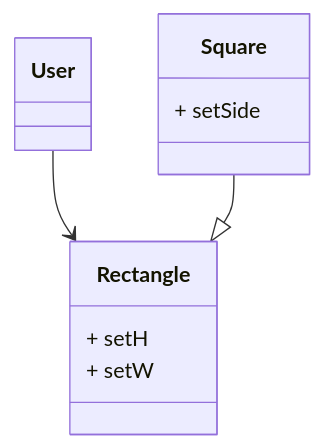
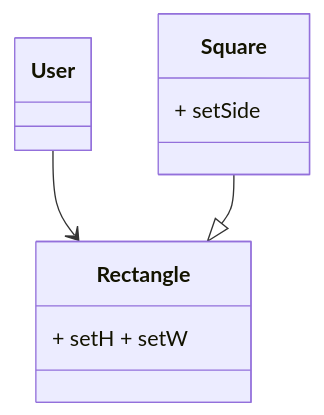
One commit to res-cogitans/TIL changed the first of 3 diagrams in books/클린_아키텍처.md. Above: the diagram before and after it, drawn with Mermaid. The commit also changed other lines of this file, not shown here.

````diff
--- a/books/클린_아키텍처.md
+++ b/books/클린_아키텍처.md
@@ -657,13 +657,12 @@
 ```mermaid
 classDiagram
 class User
 User --> Rectangle
 class Rectangle {
-	+ setH
-	+ setW
+	+ setH + setW
 }
 Square --|> Rectangle
 class Square {
 	+ setSide
 }
 ```
````
